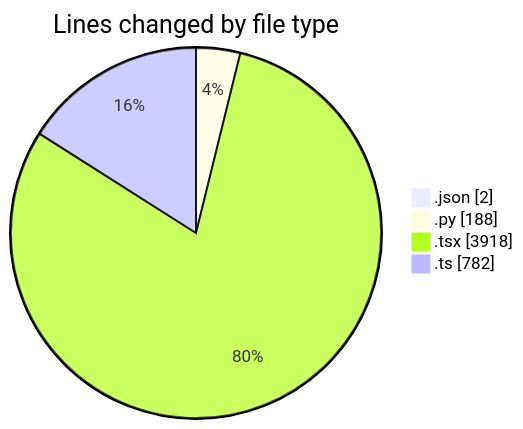
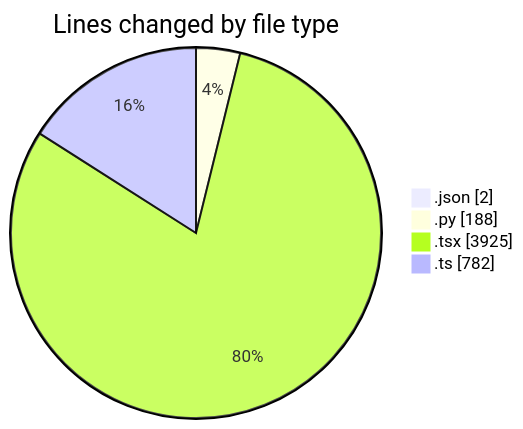
The first of 2 diagrams in 2025-10-06/eventscop-frontend-guide__workspace_/README.md (julien-gomy/code-tracking), drawn with Mermaid before and after one commit. The commit also changed other lines of this file and 1 other file, not shown here.

````diff
--- a/2025-10-06/eventscop-frontend-guide__workspace_/README.md
+++ b/2025-10-06/eventscop-frontend-guide__workspace_/README.md
@@ -49,8 +49,8 @@
 ```mermaid
 pie showData
 title Lines changed by file type
 ".json" : 2
 ".py" : 188
-".tsx" : 3918
+".tsx" : 3925
 ".ts" : 782
 ```
````
